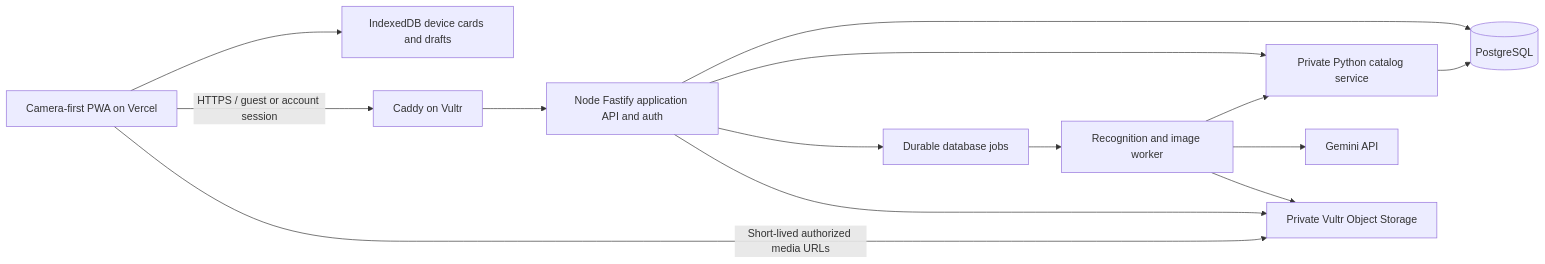
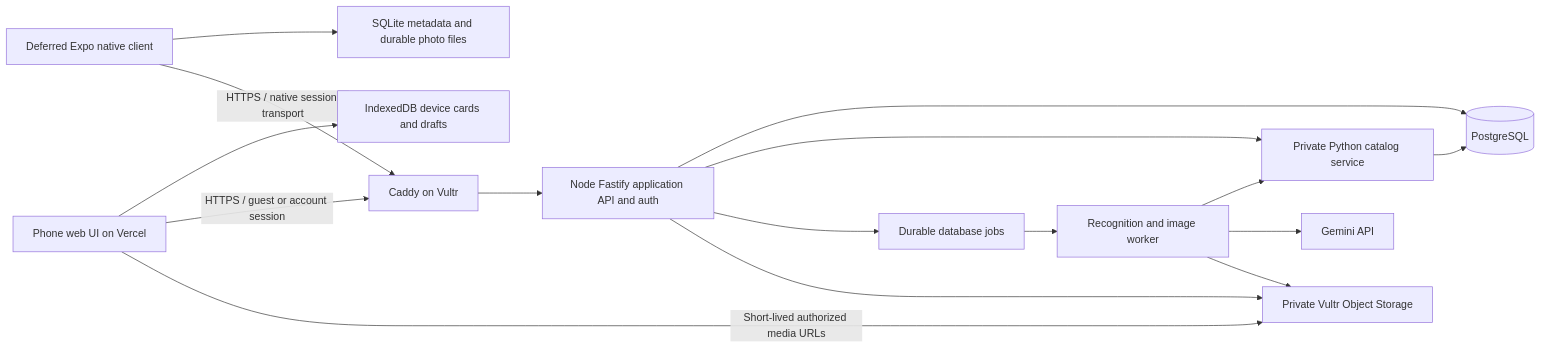
Before and after one commit to CodeReDarsh/TrainDex: the diagram in spec.md, drawn with Mermaid. The commit also changed other lines of this file and 10 other files, not shown here.

````diff
--- a/spec.md
+++ b/spec.md
@@ -58,16 +68,18 @@
 ```mermaid
 flowchart LR
-  U[Camera-first PWA on Vercel] --> L[IndexedDB device cards and drafts]
+  U[Phone web UI on Vercel] --> L[IndexedDB device cards and drafts]
+  N[Deferred Expo native client] --> NL[SQLite metadata and durable photo files]
+  N -->|HTTPS / native session transport| C
   U -->|HTTPS / guest or account session| C[Caddy on Vultr]
   C --> A[Node Fastify application API and auth]
   A --> P[(PostgreSQL)]
   A --> R[Private Python catalog service]
   R --> P
   A --> Q[Durable database jobs]
   Q --> W[Recognition and image worker]
   W --> R
   W --> G[Gemini API]
   W --> S[Private Vultr Object Storage]
   A --> S
   U -->|Short-lived authorized media URLs| S
 ```
````
